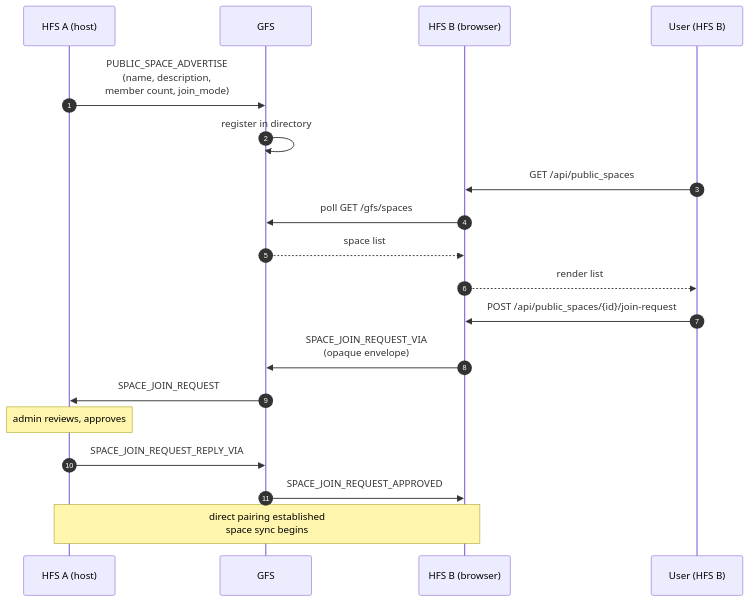
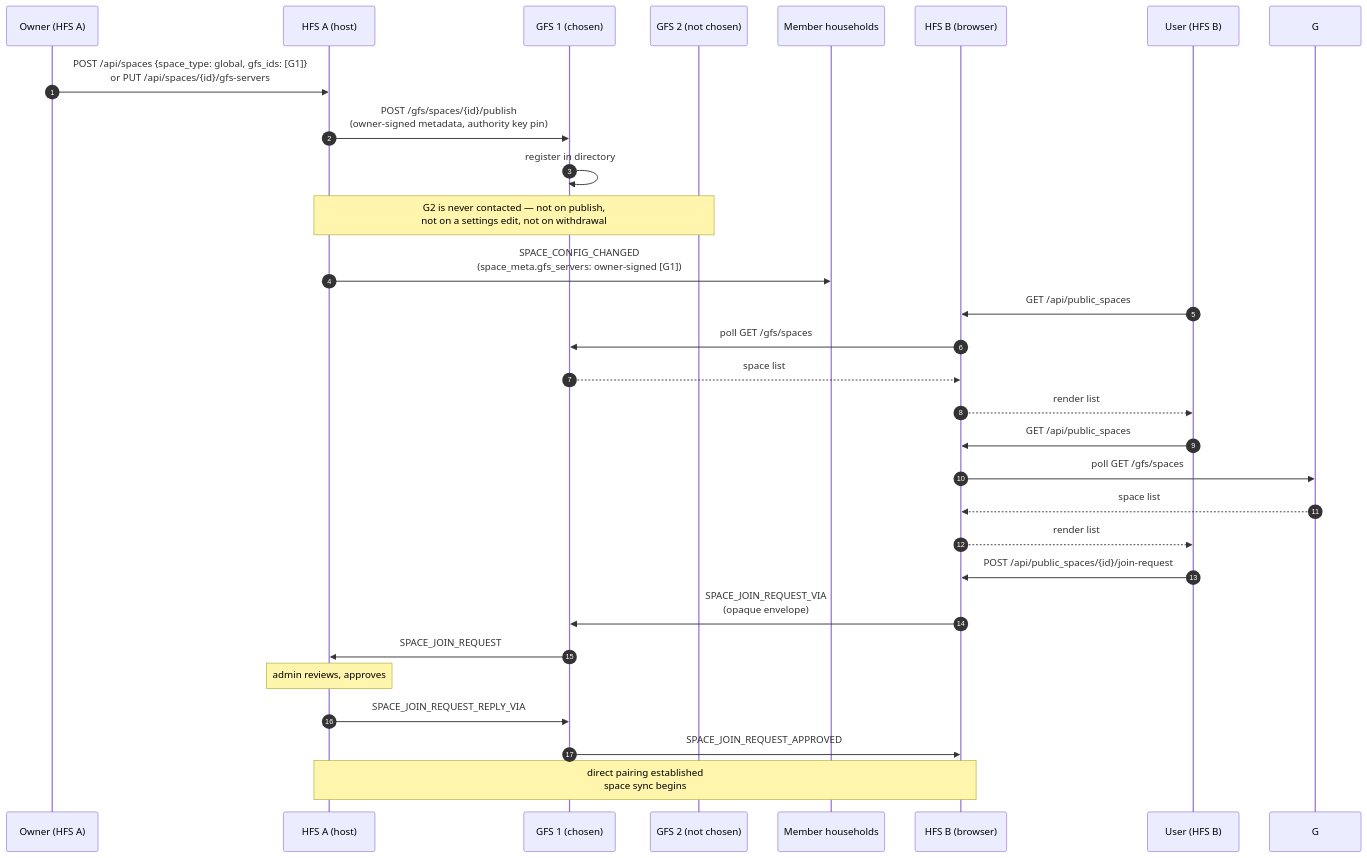
Before and after one commit to social-home-io/socialhome: the ninth of 9 diagrams in docs/protocol/discovery.md, drawn with Mermaid. The commit also changed other lines of this file and 32 other files, not shown here.

First line of the commit message:
A global space is listed only on the GFSs its owner picks; public never touches a GFS

````diff
--- a/docs/protocol/discovery.md
+++ b/docs/protocol/discovery.md
@@ -2416,21 +2441,31 @@
 ```mermaid
 sequenceDiagram
     autonumber
+    participant O as Owner (HFS A)
     participant HA as HFS A (host)
-    participant G as GFS
+    participant G1 as GFS 1 (chosen)
+    participant G2 as GFS 2 (not chosen)
+    participant M as Member households
     participant HB as HFS B (browser)
     participant UB as User (HFS B)
-    HA->>G: PUBLIC_SPACE_ADVERTISE<br/>(name, description,<br/>member count, join_mode)
-    G->>G: register in directory
+    O->>HA: POST /api/spaces {space_type: global, gfs_ids: [G1]}<br/>or PUT /api/spaces/{id}/gfs-servers
+    HA->>G1: POST /gfs/spaces/{id}/publish<br/>(owner-signed metadata, authority key pin)
+    G1->>G1: register in directory
+    Note over HA,G2: G2 is never contacted — not on publish,<br/>not on a settings edit, not on withdrawal
+    HA->>M: SPACE_CONFIG_CHANGED<br/>(space_meta.gfs_servers: owner-signed [G1])
+    UB->>HB: GET /api/public_spaces
+    HB->>G1: poll GET /gfs/spaces
+    G1-->>HB: space list
+    HB-->>UB: render list
     UB->>HB: GET /api/public_spaces
     HB->>G: poll GET /gfs/spaces
     G-->>HB: space list
     HB-->>UB: render list
     UB->>HB: POST /api/public_spaces/{id}/join-request
-    HB->>G: SPACE_JOIN_REQUEST_VIA<br/>(opaque envelope)
-    G->>HA: SPACE_JOIN_REQUEST
+    HB->>G1: SPACE_JOIN_REQUEST_VIA<br/>(opaque envelope)
+    G1->>HA: SPACE_JOIN_REQUEST
     Note over HA: admin reviews, approves
-    HA->>G: SPACE_JOIN_REQUEST_REPLY_VIA
-    G->>HB: SPACE_JOIN_REQUEST_APPROVED
+    HA->>G1: SPACE_JOIN_REQUEST_REPLY_VIA
+    G1->>HB: SPACE_JOIN_REQUEST_APPROVED
     Note over HA,HB: direct pairing established<br/>space sync begins
 ```
````
